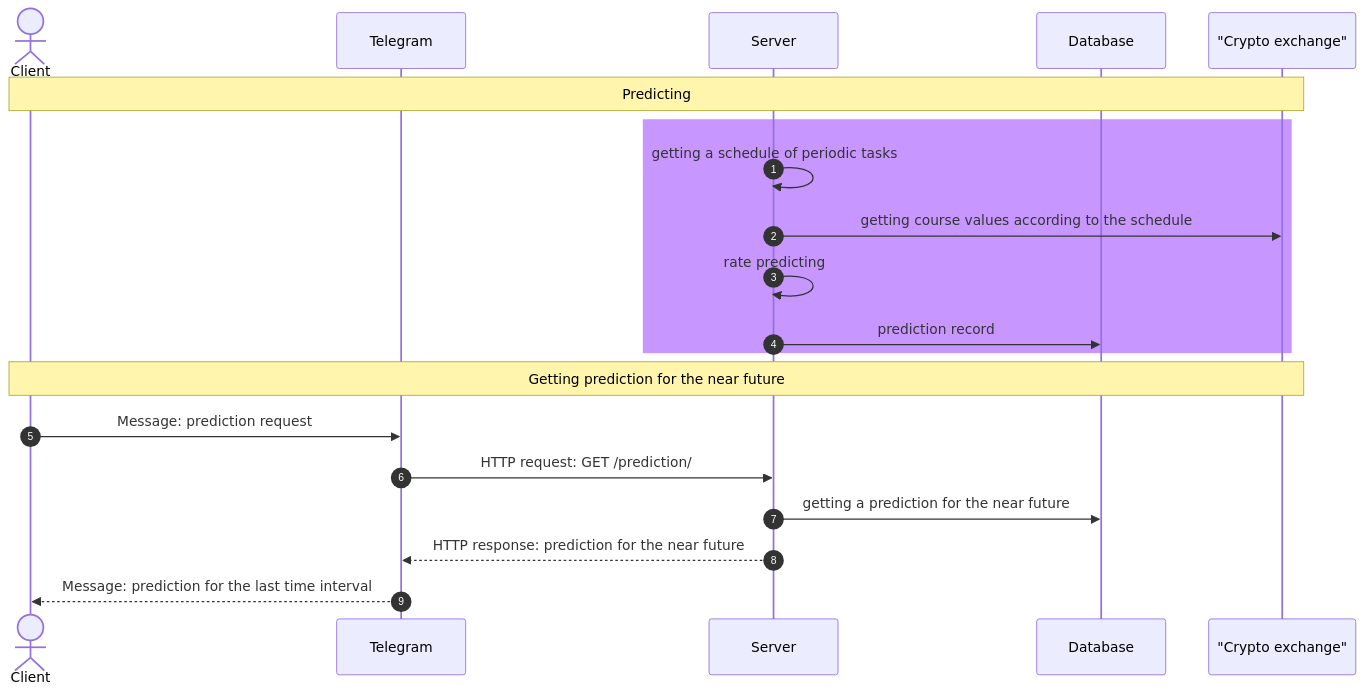
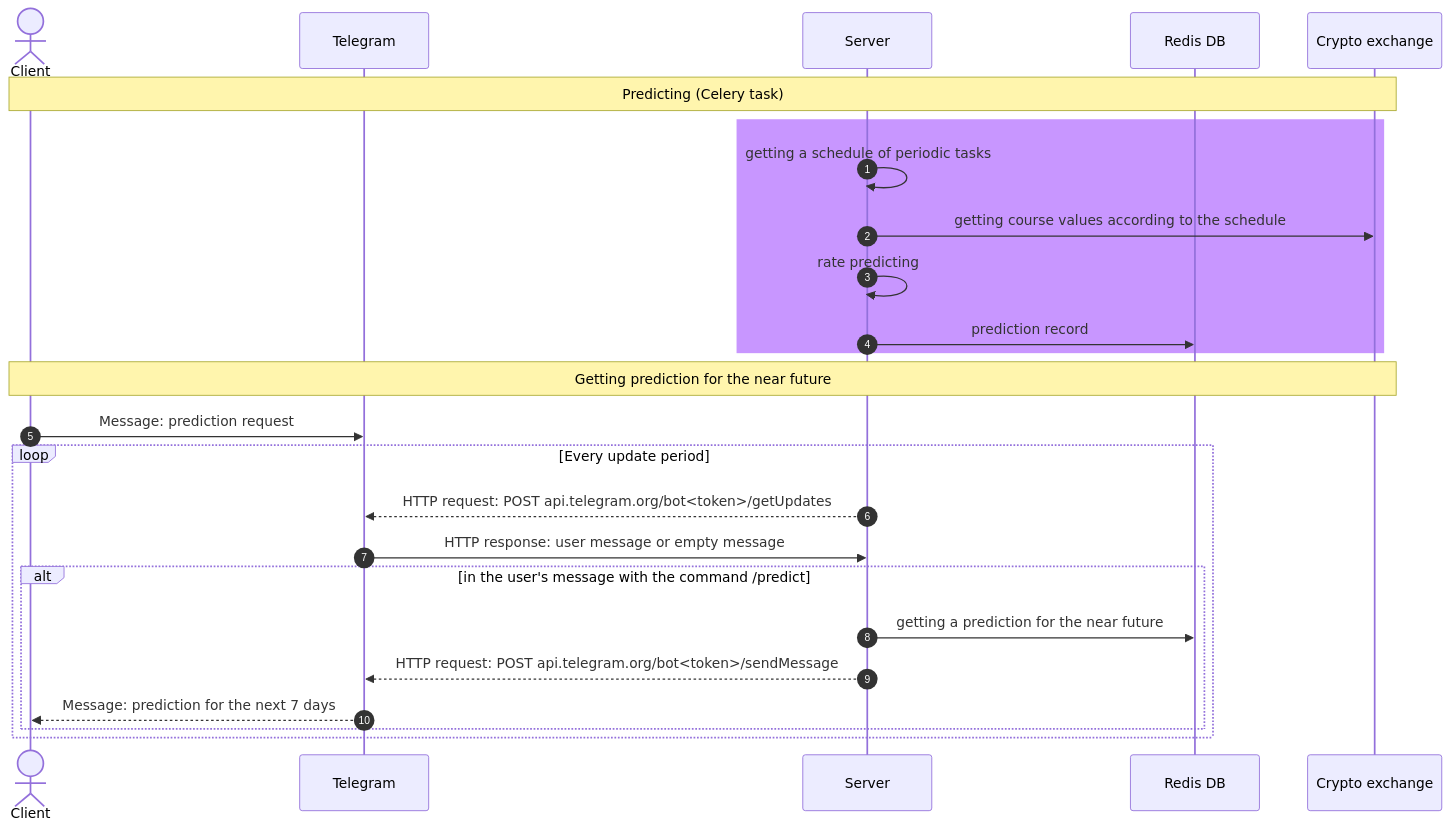
Before and after one commit to Deflaus/rate-prediction: the diagram in README.md, drawn with Mermaid. The commit also changed other lines of this file, not shown here.

````diff
--- a/README.md
+++ b/README.md
@@ -3,24 +3,29 @@
 ```mermaid
 sequenceDiagram
     autonumber
     actor client as Client
     participant telegram as Telegram
     participant server as Server
-    participant database as Database
-    participant crypto_exchange as "Crypto exchange"
+    participant database as Redis DB
+    participant crypto_exchange as Crypto exchange
     
-    Note over client, crypto_exchange: Predicting
+    Note over client, crypto_exchange: Predicting (Celery task)
     rect rgb(200, 150, 255)
     server ->> server : getting a schedule of periodic tasks
     server ->> crypto_exchange : getting course values according to the schedule
     server ->> server : rate predicting
     server ->> database : prediction record
     end
     
     Note over client, crypto_exchange: Getting prediction for the near future
     client ->> telegram : Message: prediction request
-    telegram ->> server : HTTP request: GET /prediction/
-    server ->> database : getting a prediction for the near future
-    server -->> telegram : HTTP response: prediction for the near future
-    telegram -->> client : Message: prediction for the last time interval
+    loop Every update period
+        server -->> telegram : HTTP request: POST api.telegram.org/bot<token>/getUpdates
+        telegram ->> server : HTTP response: user message or empty message
+        alt in the user's message with the command /predict
+            server ->> database : getting a prediction for the near future
+            server -->> telegram : HTTP request: POST api.telegram.org/bot<token>/sendMessage
+            telegram -->> client : Message: prediction for the next 7 days
+        end
+    end
 ```
````
